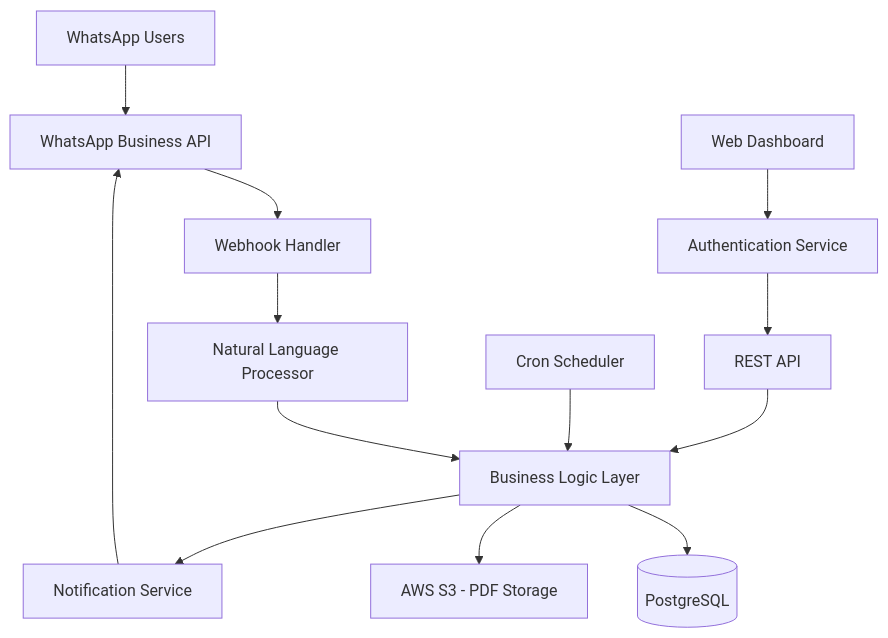
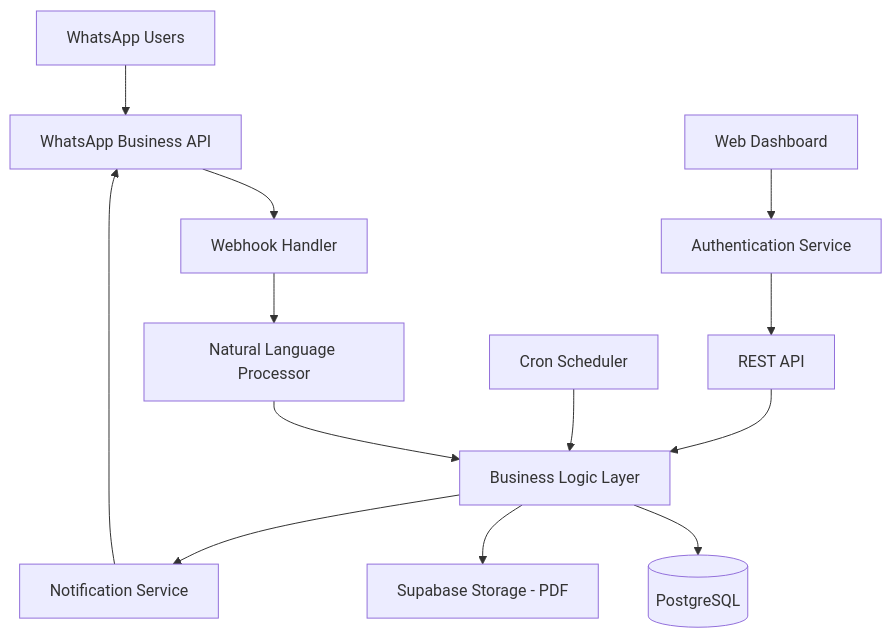
One commit to NsideTech/monpetitbiz changed the diagram in .kiro/specs/whatsapp-bot-mvp/design.md. Above: the diagram before and after it, drawn with Mermaid. The commit also changed other lines of this file and 51 other files, not shown here.

````diff
--- a/.kiro/specs/whatsapp-bot-mvp/design.md
+++ b/.kiro/specs/whatsapp-bot-mvp/design.md
@@ -11,17 +11,17 @@
 ```mermaid
 graph TB
     WA[WhatsApp Users] --> WAPI[WhatsApp Business API]
     WAPI --> WH[Webhook Handler]
     WH --> NLP[Natural Language Processor]
     NLP --> BL[Business Logic Layer]
     BL --> DB[(PostgreSQL)]
-    BL --> S3[AWS S3 - PDF Storage]
+    BL --> ST[Supabase Storage - PDF]
     
     WEB[Web Dashboard] --> AUTH[Authentication Service]
     AUTH --> API[REST API]
     API --> BL
     
     CRON[Cron Scheduler] --> BL
     BL --> NOTIF[Notification Service]
     NOTIF --> WAPI
 ```
````
